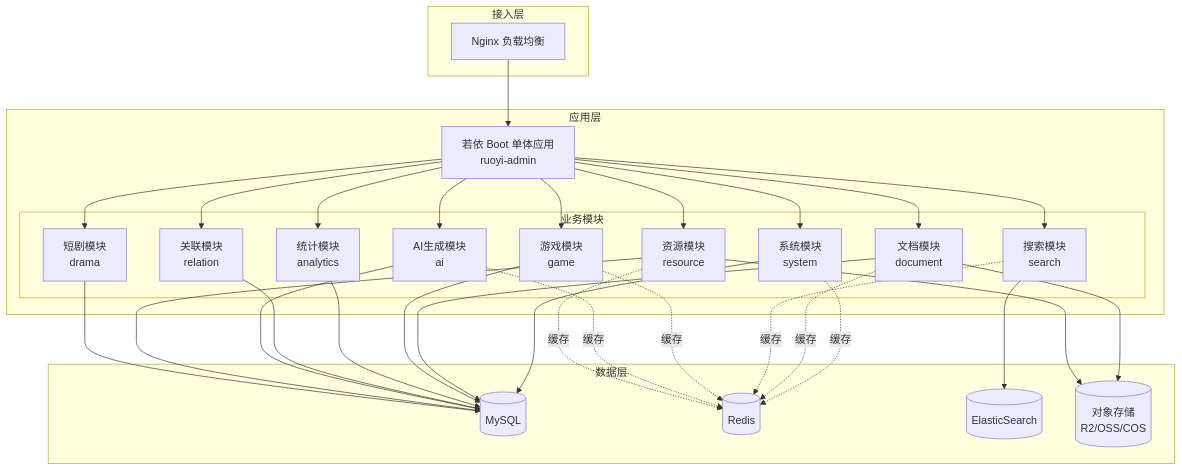
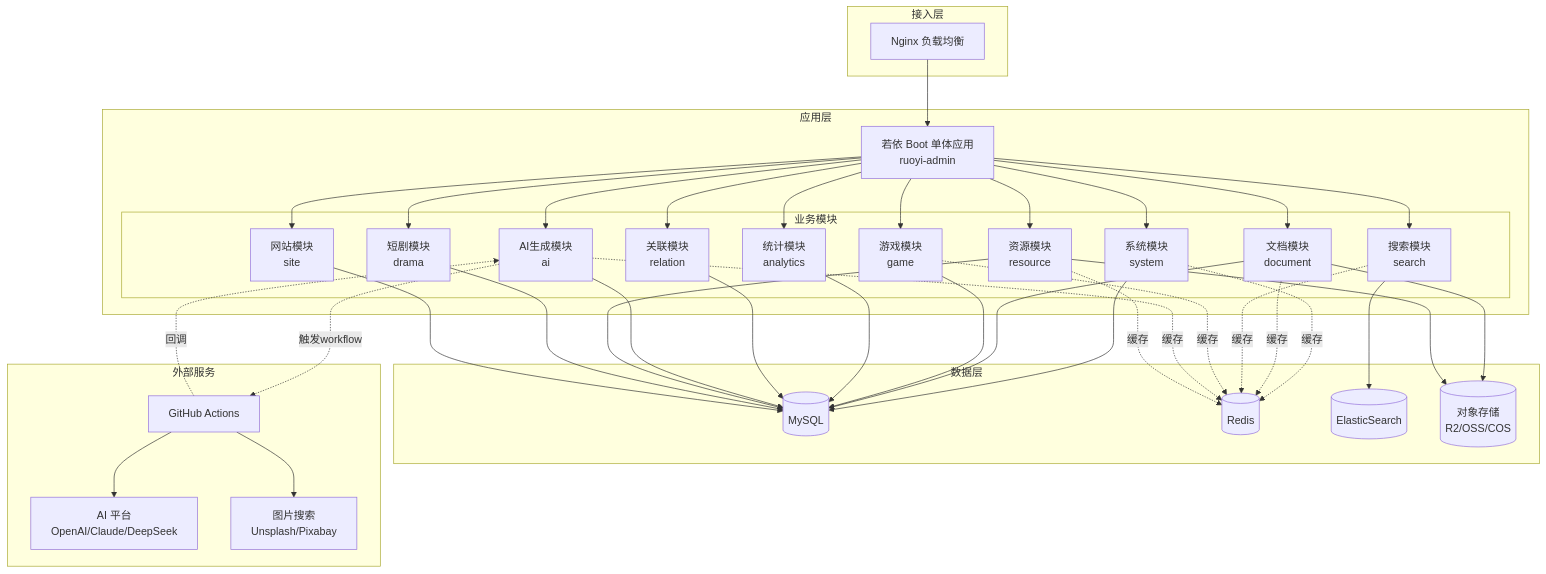
Before and after one commit to MisinGuo/game-box-web: the second of 24 diagrams in docs/架构设计文档.md, drawn with Mermaid. The commit also changed other lines of this file and 15 other files, not shown here.

````diff
--- a/docs/架构设计文档.md
+++ b/docs/架构设计文档.md
@@ -26,60 +77,74 @@
 ```mermaid
 graph TB
     subgraph "接入层"
         A[Nginx 负载均衡]
     end
     
     subgraph "应用层"
         B[若依 Boot 单体应用<br/>ruoyi-admin]
         
         subgraph "业务模块"
             C[系统模块<br/>system]
             D[文档模块<br/>document]
             E[搜索模块<br/>search]
             F[游戏模块<br/>game]
             G[统计模块<br/>analytics]
             H[关联模块<br/>relation]
             I2[AI生成模块<br/>ai]
             J2[资源模块<br/>resource]
             K2[短剧模块<br/>drama]
+            L2[网站模块<br/>site]
         end
     end
     
     subgraph "数据层"
         L[(MySQL)]
         N[(Redis)]
         O[(ElasticSearch)]
         P[(对象存储<br/>R2/OSS/COS)]
+    end
+    
+    subgraph "外部服务"
+        Q[GitHub Actions]
+        R[AI 平台<br/>OpenAI/Claude/DeepSeek]
+        S[图片搜索<br/>Unsplash/Pixabay]
     end
     
     A --> B
     
     B --> C
     B --> D
     B --> E
     B --> F
     B --> G
     B --> H
     B --> I2
     B --> J2
     B --> K2
+    B --> L2
     
     C --> L
     D --> L
     D --> P
     E --> O
     F --> L
     G --> L
     H --> L
     I2 --> L
     J2 --> L
     J2 --> P
     K2 --> L
+    L2 --> L
+    
+    I2 -.触发workflow.-> Q
+    Q -.回调.-> I2
+    Q --> R
+    Q --> S
     
     C -.缓存.-> N
     D -.缓存.-> N
     E -.缓存.-> N
     F -.缓存.-> N
     I2 -.缓存.-> N
     J2 -.缓存.-> N
 ```
````
